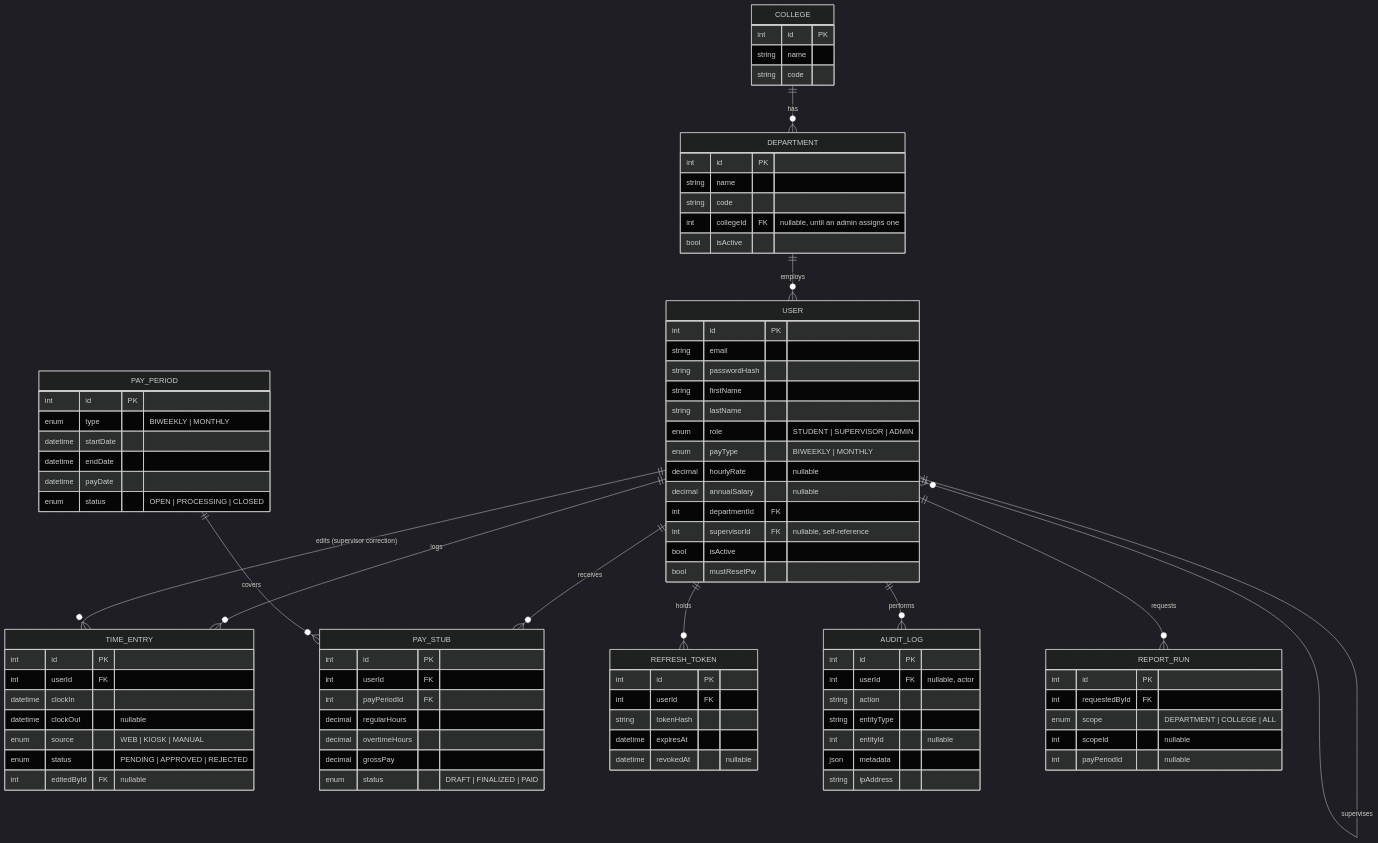
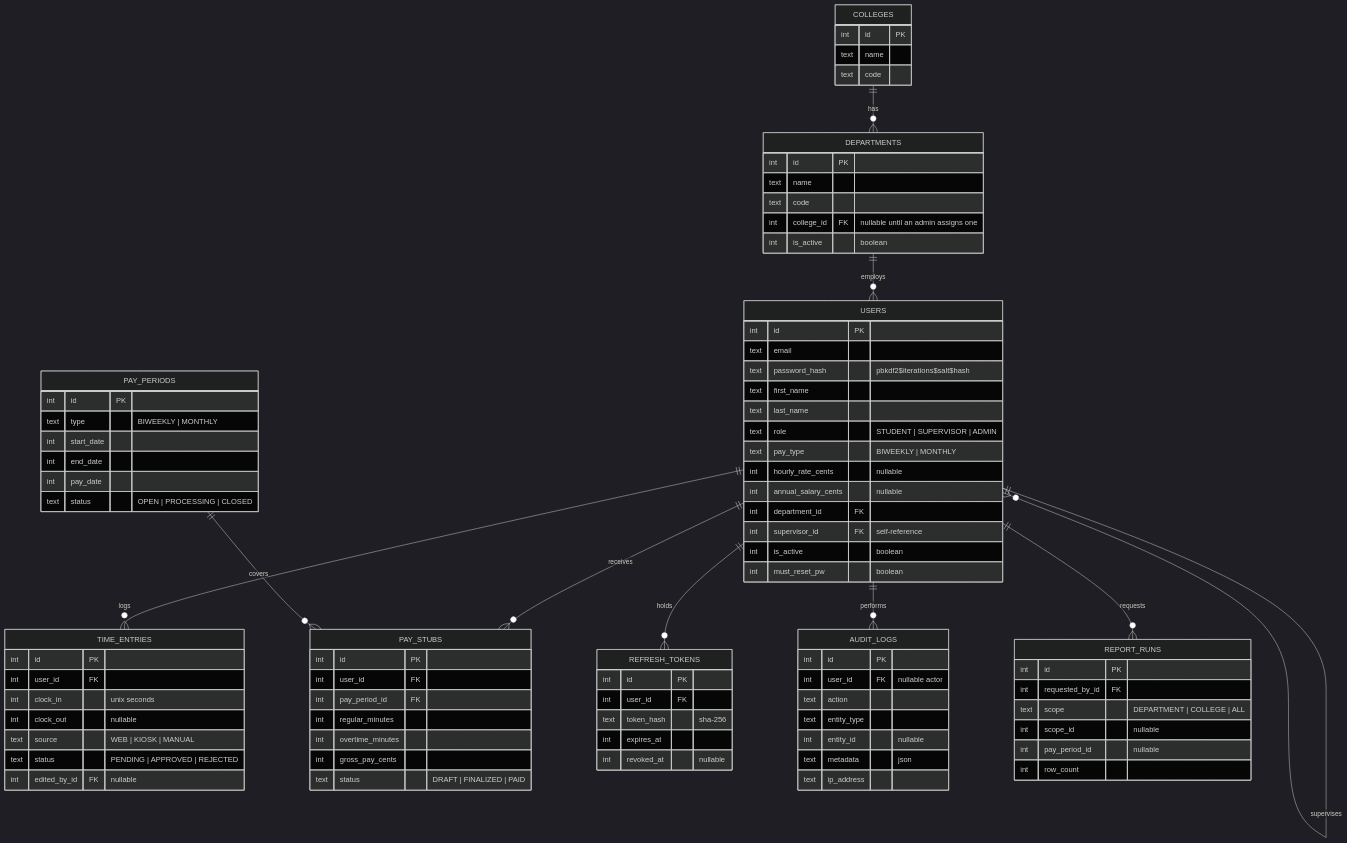
The diagram in docs/DATABASE.md (drewjeanette/Talon), drawn with Mermaid (dark theme) before and after one commit. The commit also changed other lines of this file and 78 other files, not shown here.

````diff
--- a/docs/DATABASE.md
+++ b/docs/DATABASE.md
@@ -10,90 +9,90 @@
 ```mermaid
 erDiagram
-    COLLEGE ||--o{ DEPARTMENT : has
-    DEPARTMENT ||--o{ USER : employs
-    USER ||--o{ USER : supervises
-    USER ||--o{ TIME_ENTRY : logs
-    USER ||--o{ TIME_ENTRY : "edits (supervisor correction)"
-    USER ||--o{ PAY_STUB : receives
-    USER ||--o{ REFRESH_TOKEN : holds
-    USER ||--o{ AUDIT_LOG : performs
-    USER ||--o{ REPORT_RUN : requests
-    PAY_PERIOD ||--o{ PAY_STUB : covers
+    COLLEGES ||--o{ DEPARTMENTS : has
+    DEPARTMENTS ||--o{ USERS : employs
+    USERS ||--o{ USERS : supervises
+    USERS ||--o{ TIME_ENTRIES : logs
+    USERS ||--o{ PAY_STUBS : receives
+    USERS ||--o{ REFRESH_TOKENS : holds
+    USERS ||--o{ AUDIT_LOGS : performs
+    USERS ||--o{ REPORT_RUNS : requests
+    PAY_PERIODS ||--o{ PAY_STUBS : covers
 
-    COLLEGE {
+    COLLEGES {
         int id PK
-        string name
-        string code
+        text name
+        text code
     }
-    DEPARTMENT {
+    DEPARTMENTS {
         int id PK
-        string name
-        string code
-        int collegeId FK "nullable, until an admin assigns one"
-        bool isActive
+        text name
+        text code
+        int college_id FK "nullable until an admin assigns one"
+        int is_active "boolean"
     }
-    USER {
+    USERS {
         int id PK
-        string email
-        string passwordHash
-        string firstName
-        string lastName
-        enum role "STUDENT | SUPERVISOR | ADMIN"
-        enum payType "BIWEEKLY | MONTHLY"
-        decimal hourlyRate "nullable"
-        decimal annualSalary "nullable"
-        int departmentId FK
-        int supervisorId FK "nullable, self-reference"
-        bool isActive
-        bool mustResetPw
+        text email
+        text password_hash "pbkdf2$iterations$salt$hash"
+        text first_name
+        text last_name
+        text role "STUDENT | SUPERVISOR | ADMIN"
+        text pay_type "BIWEEKLY | MONTHLY"
+        int hourly_rate_cents "nullable"
+        int annual_salary_cents "nullable"
+        int department_id FK
+        int supervisor_id FK "self-reference"
+        int is_active "boolean"
+        int must_reset_pw "boolean"
     }
-    TIME_ENTRY {
+    TIME_ENTRIES {
         int id PK
-        int userId FK
-        datetime clockIn
-        datetime clockOut "nullable"
-        enum source "WEB | KIOSK | MANUAL"
-        enum status "PENDING | APPROVED | REJECTED"
-        int editedById FK "nullable"
+        int user_id FK
+        int clock_in "unix seconds"
+        int clock_out "nullable"
+        text source "WEB | KIOSK | MANUAL"
+        text status "PENDING | APPROVED | REJECTED"
+        int edited_by_id FK "nullable"
     }
-    PAY_PERIOD {
+    PAY_PERIODS {
         int id PK
-        enum type "BIWEEKLY | MONTHLY"
-        datetime startDate
-        datetime endDate
-        datetime payDate
-        enum status "OPEN | PROCESSING | CLOSED"
+        text type "BIWEEKLY | MONTHLY"
+        int start_date
+        int end_date
+        int pay_date
+        text status "OPEN | PROCESSING | CLOSED"
     }
-    PAY_STUB {
+    PAY_STUBS {
         int id PK
-        int userId FK
-        int payPeriodId FK
-        decimal regularHours
-        decimal overtimeHours
-        decimal grossPay
-        enum status "DRAFT | FINALIZED | PAID"
+        int user_id FK
+        int pay_period_id FK
+        int regular_minutes
+        int overtime_minutes
+        int gross_pay_cents
+        text status "DRAFT | FINALIZED | PAID"
     }
-    REPORT_RUN {
+    REPORT_RUNS {
         int id PK
-        int requestedById FK
-        enum scope "DEPARTMENT | COLLEGE | ALL"
-        int scopeId "nullable"
-        int payPeriodId "nullable"
+        int requested_by_id FK
+        text scope "DEPARTMENT | COLLEGE | ALL"
+        int scope_id "nullable"
+        int pay_period_id "nullable"
+        int row_count
     }
-    AUDIT_LOG {
+    AUDIT_LOGS {
         int id PK
-        int userId FK "nullable, actor"
-        string action
-        string entityType
-        int entityId "nullable"
-        json metadata
-        string ipAddress
+        int user_id FK "nullable actor"
+        text action
+        text entity_type
+        int entity_id "nullable"
+        text metadata "json"
+        text ip_address
     }
-    REFRESH_TOKEN {
+    REFRESH_TOKENS {
         int id PK
-        int userId FK
-        string tokenHash
-        datetime expiresAt
-        datetime revokedAt "nullable"
+        int user_id FK
+        text token_hash "sha-256"
+        int expires_at
+        int revoked_at "nullable"
     }
 ```
````
